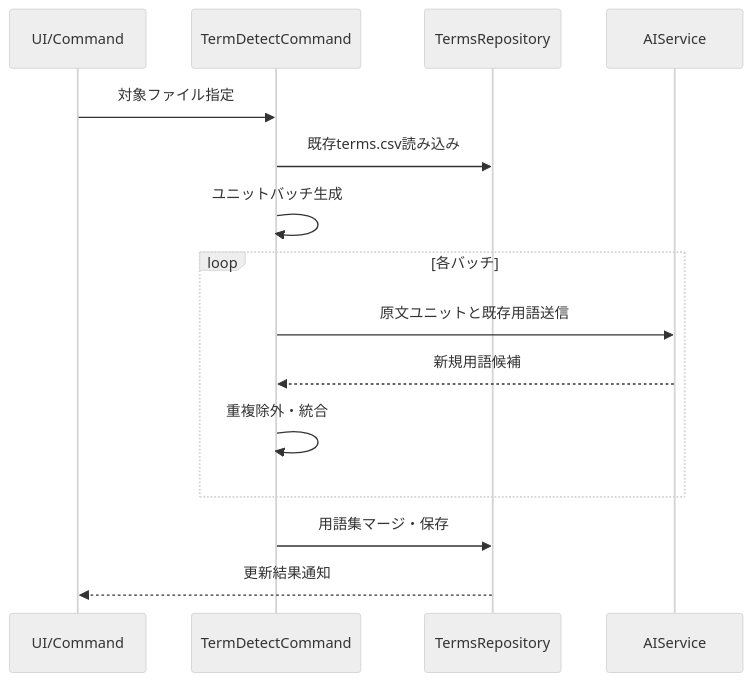
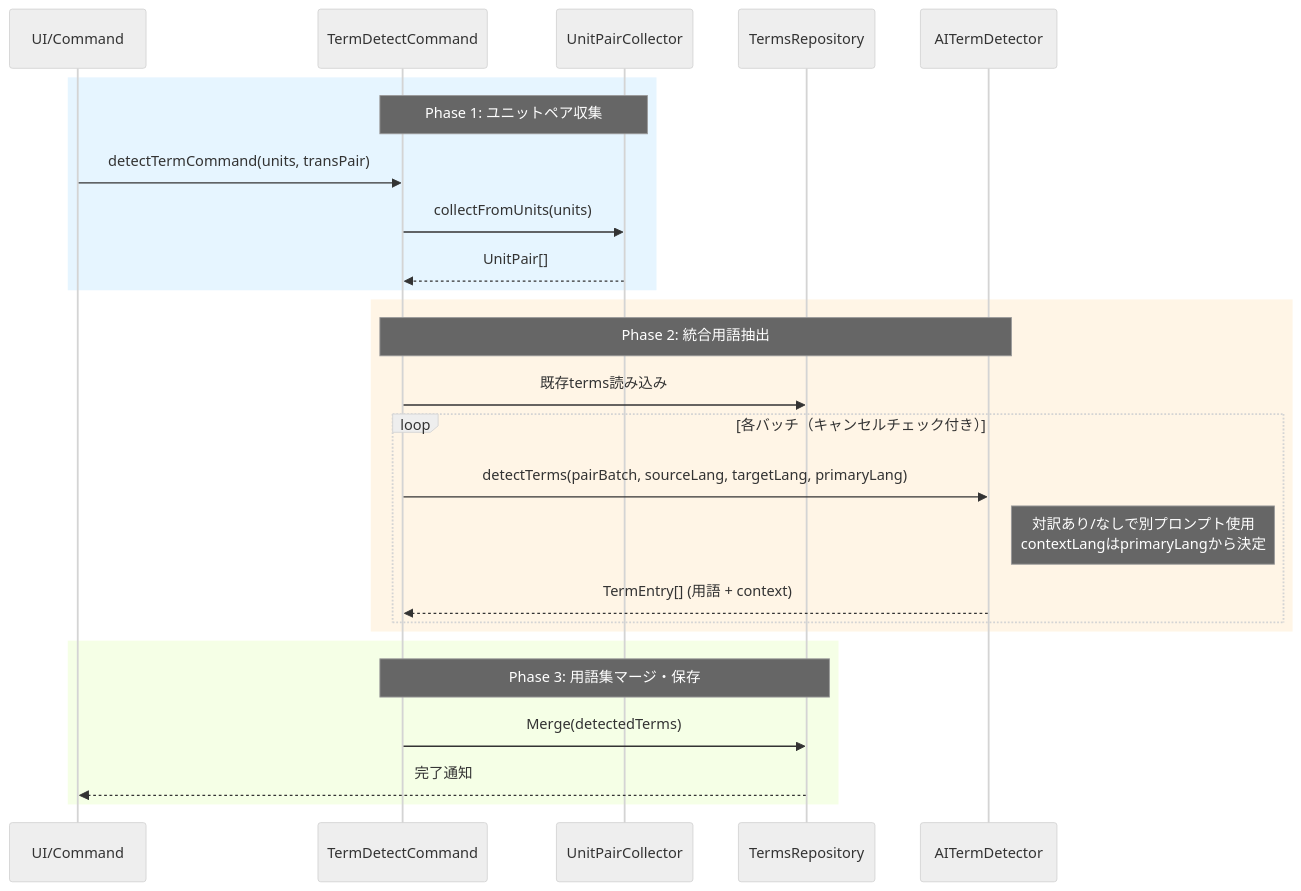
The first of 2 diagrams in design/command_term.md (mochimochiki/mdait), drawn with Mermaid (neutral theme) before and after one commit. The commit also changed other lines of this file and 10 other files, not shown here.

````diff
--- a/design/command_term.md
+++ b/design/command_term.md
@@ -29,18 +41,31 @@
 ```mermaid
 sequenceDiagram
 	participant UX as UI/Command
 	participant Cmd as TermDetectCommand
+	participant Collector as UnitPairCollector
 	participant Repo as TermsRepository
-	participant AI as AIService
+	participant AI as AITermDetector
 
-	UX->>Cmd: 対象ファイル指定
-	Cmd->>Repo: 既存terms.csv読み込み
-	Cmd->>Cmd: ユニットバッチ生成
-	loop 各バッチ
-		Cmd->>AI: 原文ユニットと既存用語送信
-		AI-->>Cmd: 新規用語候補
-		Cmd->>Cmd: 重複除外・統合
+	rect rgb(230, 245, 255)
+		Note over Cmd,Collector: Phase 1: ユニットペア収集
+		UX->>Cmd: detectTermCommand(units, transPair)
+		Cmd->>Collector: collectFromUnits(units)
+		Collector-->>Cmd: UnitPair[]
 	end
-	Cmd->>Repo: 用語集マージ・保存
-	Repo-->>UX: 更新結果通知
+
+	rect rgb(255, 245, 230)
+		Note over Cmd,AI: Phase 2: 統合用語抽出
+		Cmd->>Repo: 既存terms読み込み
+		loop 各バッチ（キャンセルチェック付き）
+			Cmd->>AI: detectTerms(pairBatch, sourceLang, targetLang, primaryLang)
+			Note right of AI: 対訳あり/なしで別プロンプト使用<br/>contextLangはprimaryLangから決定
+			AI-->>Cmd: TermEntry[] (用語 + context)
+		end
+	end
+
+	rect rgb(245, 255, 230)
+		Note over Cmd,Repo: Phase 3: 用語集マージ・保存
+		Cmd->>Repo: Merge(detectedTerms)
+		Repo-->>UX: 完了通知
+	end
 ```
````
